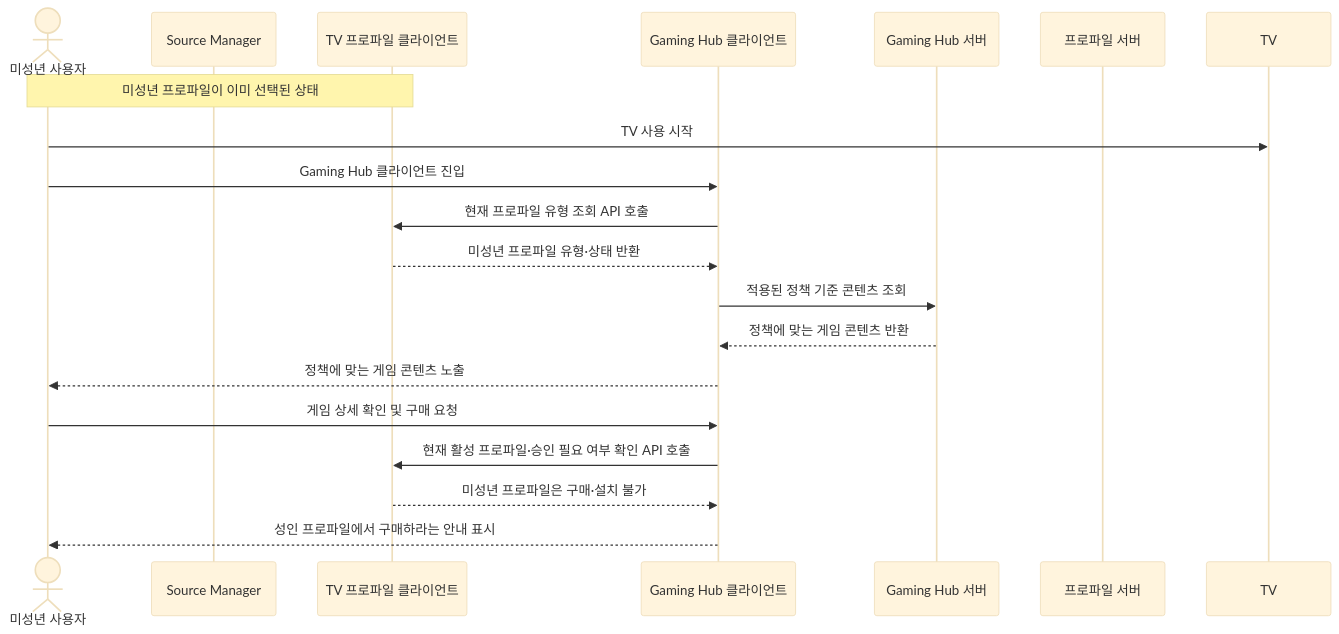
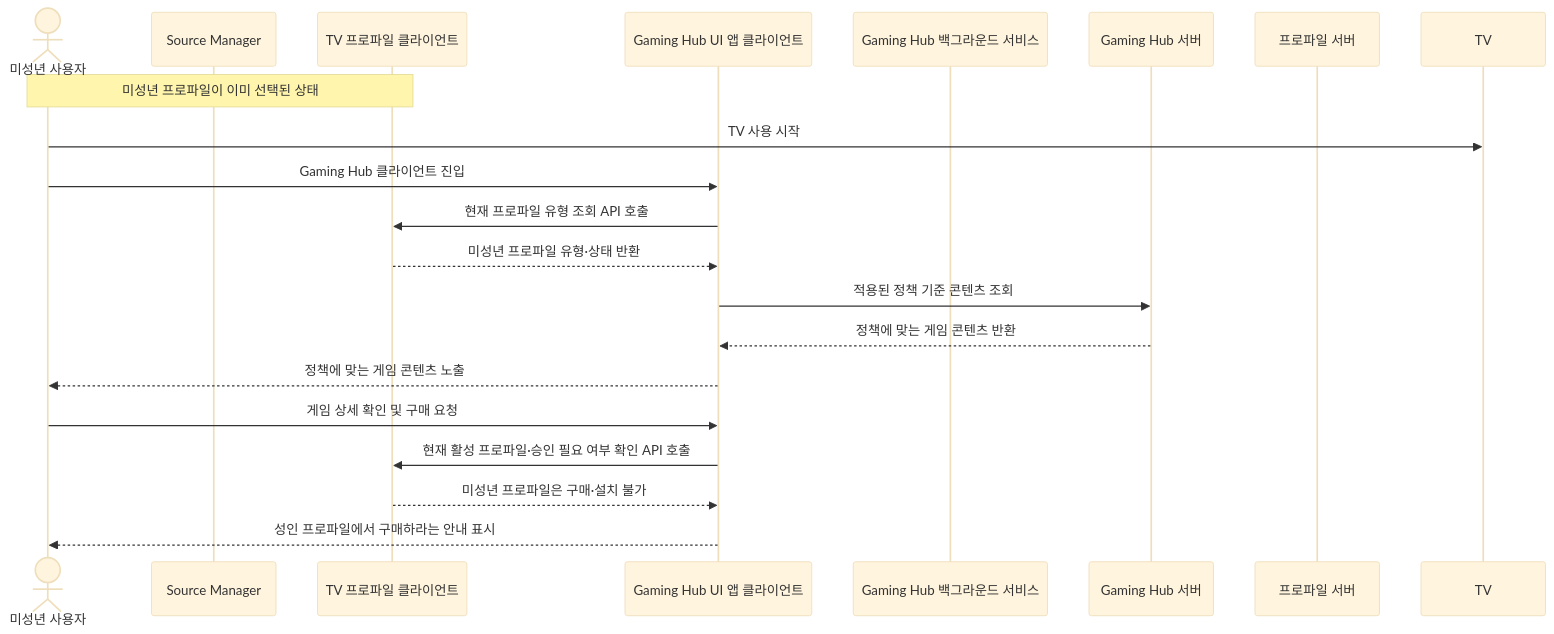
One commit to seock04/gaming-hub-console-content changed the first of 5 diagrams in docs/decision-point-2-architecture.md. Above: the diagram before and after it, drawn with Mermaid (base theme). The commit also changed other lines of this file, not shown here.

Commit message:
Split Gaming Hub UI and background service

````diff
--- a/docs/decision-point-2-architecture.md
+++ b/docs/decision-point-2-architecture.md
@@ -63,22 +64,23 @@
 ```mermaid
 sequenceDiagram
     actor User as 미성년 사용자
     participant SourceManager as Source Manager
     participant Profile as TV 프로파일 클라이언트
-    participant HubClient as Gaming Hub 클라이언트
+    participant HubClient as Gaming Hub UI 앱 클라이언트
+    participant HubBackground as Gaming Hub 백그라운드 서비스
     participant Hub as Gaming Hub 서버
     participant ProfileServer as 프로파일 서버
 
     Note over User,Profile: 미성년 프로파일이 이미 선택된 상태
     User->>TV: TV 사용 시작
     User->>HubClient: Gaming Hub 클라이언트 진입
     HubClient->>Profile: 현재 프로파일 유형 조회 API 호출
     Profile-->>HubClient: 미성년 프로파일 유형·상태 반환
     HubClient->>Hub: 적용된 정책 기준 콘텐츠 조회
     Hub-->>HubClient: 정책에 맞는 게임 콘텐츠 반환
     HubClient-->>User: 정책에 맞는 게임 콘텐츠 노출
     User->>HubClient: 게임 상세 확인 및 구매 요청
     HubClient->>Profile: 현재 활성 프로파일·승인 필요 여부 확인 API 호출
     Profile-->>HubClient: 미성년 프로파일은 구매·설치 불가
     HubClient-->>User: 성인 프로파일에서 구매하라는 안내 표시
 ```
````
